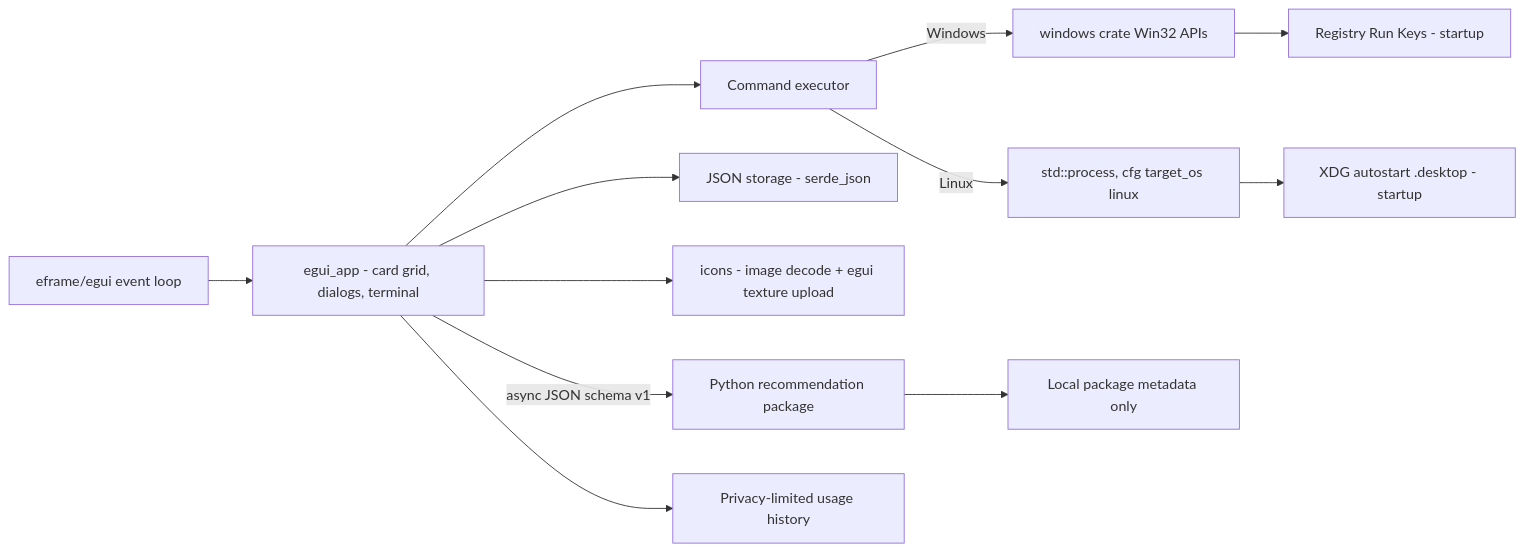
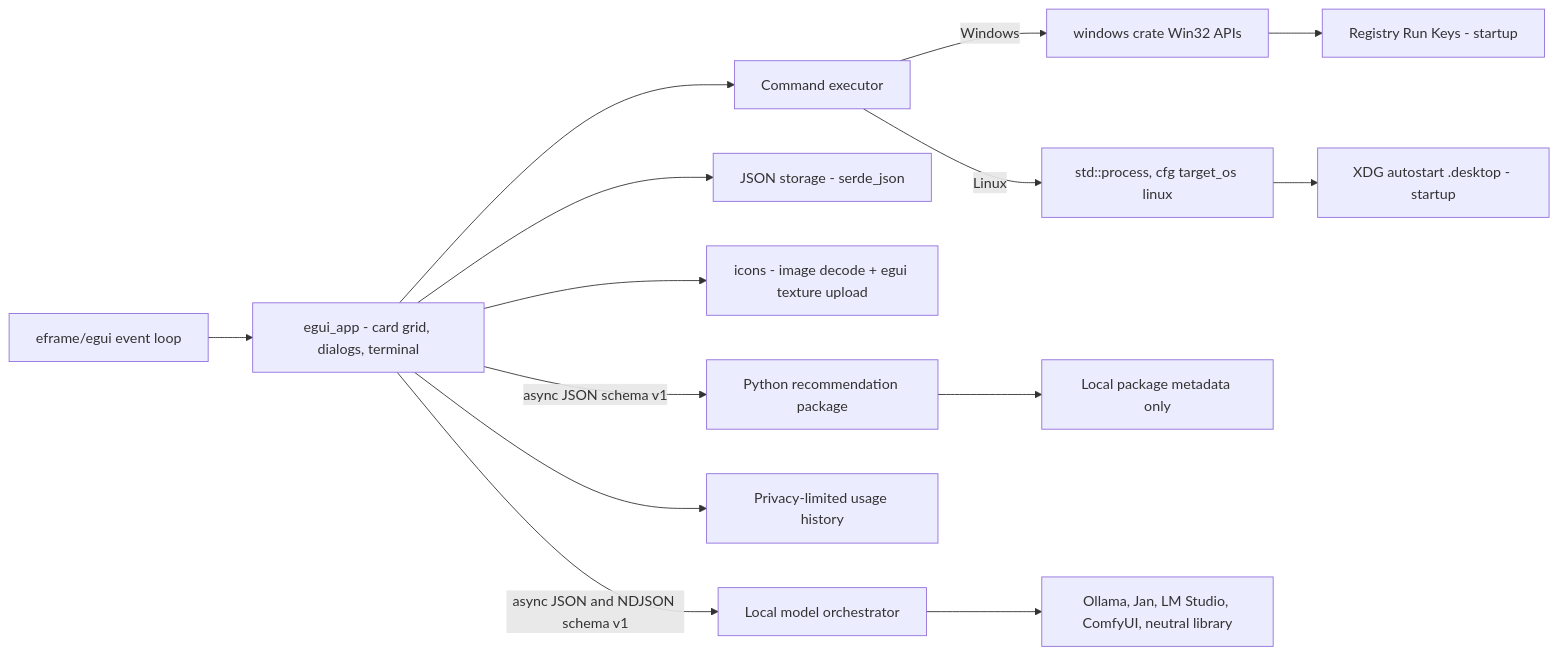
The first of 2 diagrams in aidd_docs/memory/architecture.md (RebelliousSmile/DevToolBox), drawn with Mermaid before and after one commit. The commit also changed other lines of this file and 17 other files, not shown here.

````diff
--- a/aidd_docs/memory/architecture.md
+++ b/aidd_docs/memory/architecture.md
@@ -44,14 +50,16 @@
 ```mermaid
 flowchart LR
     EL[eframe/egui event loop] --> UI[egui_app - card grid, dialogs, terminal]
     UI --> EXEC[Command executor]
     EXEC -->|Windows| WINAPI[windows crate Win32 APIs]
     EXEC -->|Linux| STDPROC[std::process, cfg target_os linux]
     UI --> STORE[JSON storage - serde_json]
     UI --> ICONS[icons - image decode + egui texture upload]
     UI -->|async JSON schema v1| PYREC[Python recommendation package]
     PYREC --> LOCAL[Local package metadata only]
     UI --> USAGE[Privacy-limited usage history]
+    UI -->|async JSON and NDJSON schema v1| PYMODELS[Local model orchestrator]
+    PYMODELS --> LOCALMODELS[Ollama, Jan, LM Studio, ComfyUI, neutral library]
     WINAPI --> REG[Registry Run Keys - startup]
     STDPROC --> XDG[XDG autostart .desktop - startup]
 ```
````
